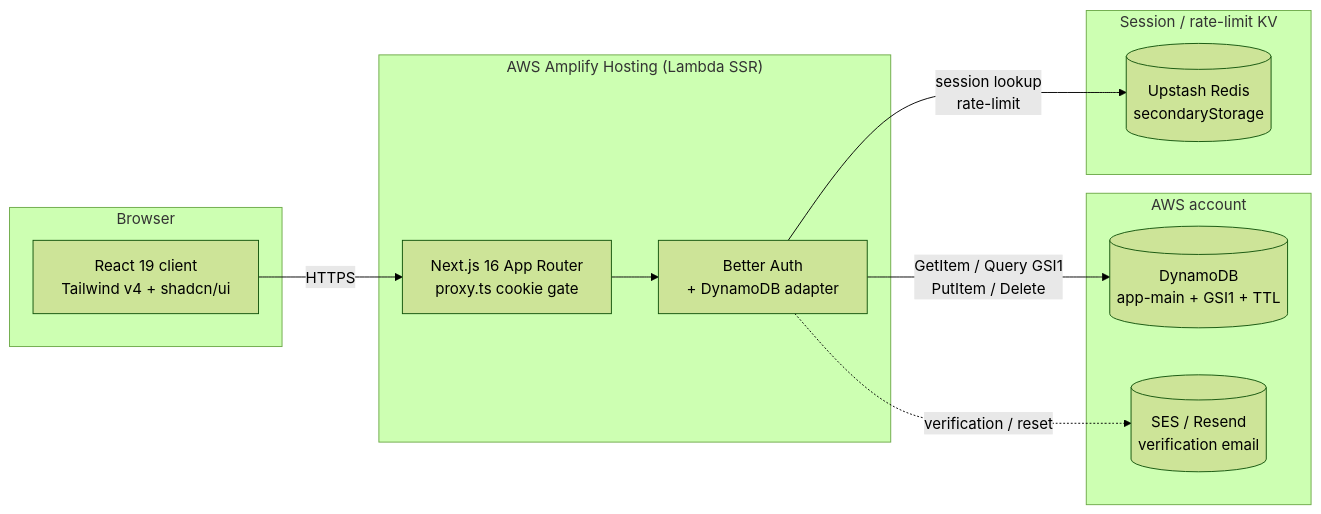
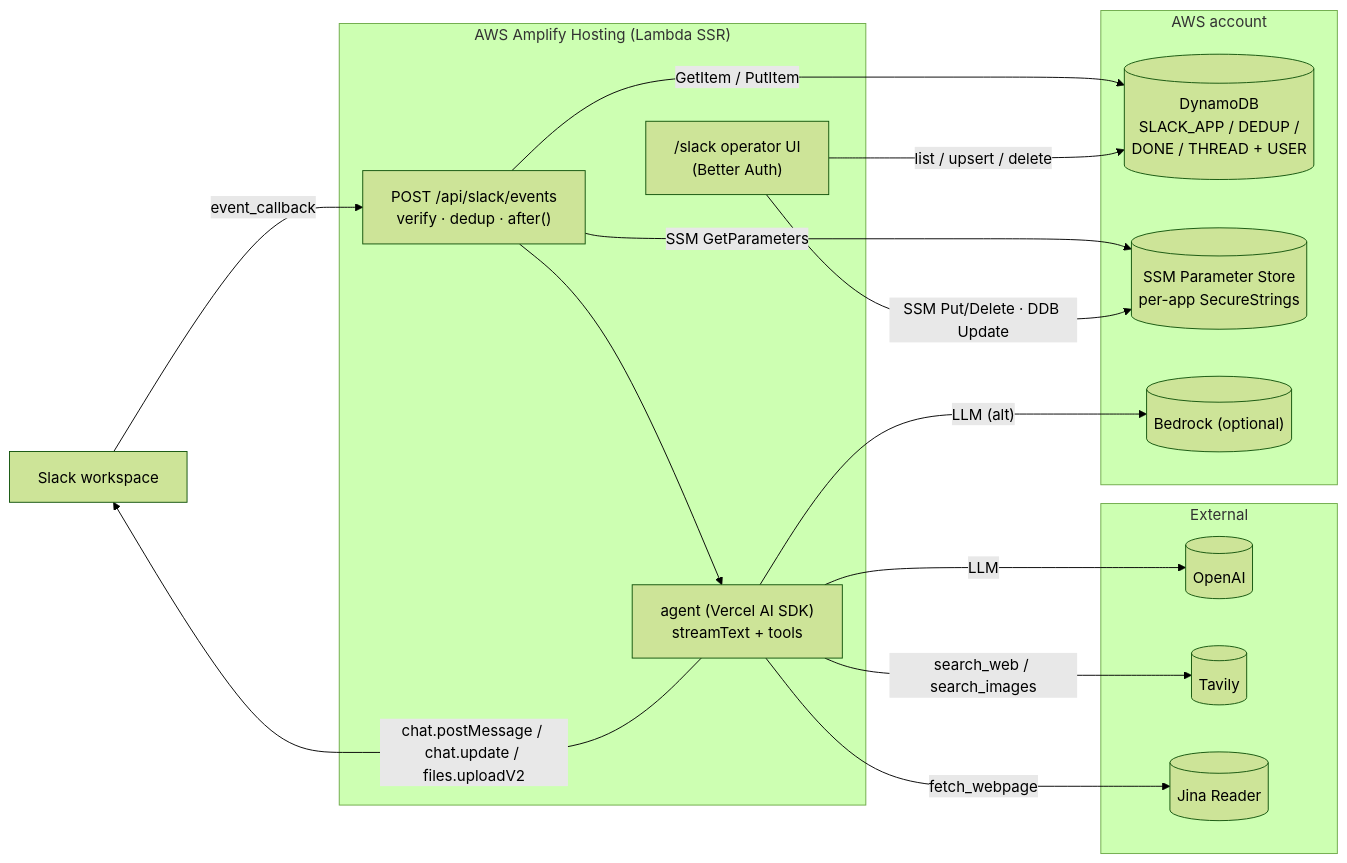
Before and after one commit to nalbam/nalbam-agent: the diagram in README.md, drawn with Mermaid (forest theme). The commit also changed other lines of this file and 19 other files, not shown here.

````diff
--- a/README.md
+++ b/README.md
@@ -7,26 +11,31 @@
 ```mermaid
 flowchart LR
-  subgraph Browser
-    UI["React 19 client<br/>Tailwind v4 + shadcn/ui"]
+  SLACK["Slack workspace"]
+  subgraph Amplify["AWS Amplify Hosting (Lambda SSR)"]
+    ROUTE["POST /api/slack/events<br/>verify · dedup · after()"]
+    AGENT["agent (Vercel AI SDK)<br/>streamText + tools"]
+    UI["/slack operator UI<br/>(Better Auth)"]
+    ROUTE --> AGENT
+  end
+  subgraph AWS["AWS account"]
+    DDB[("DynamoDB<br/>SLACK_APP / DEDUP /<br/>DONE / THREAD + USER")]
+    SSM[("SSM Parameter Store<br/>per-app SecureStrings")]
+    BR[("Bedrock (optional)")]
+  end
+  subgraph EXT["External"]
+    OPENAI[("OpenAI")]
+    TAVILY[("Tavily")]
+    JINA[("Jina Reader")]
   end
 
-  subgraph Amplify["AWS Amplify Hosting (Lambda SSR)"]
-    NEXT["Next.js 16 App Router<br/>proxy.ts cookie gate"]
-    BA["Better Auth<br/>+ DynamoDB adapter"]
-    NEXT --> BA
-  end
-
-  subgraph AWS["AWS account"]
-    DDB[("DynamoDB<br/>app-main + GSI1 + TTL")]
-    SES[(SES / Resend<br/>verification email)]
-  end
-
-  subgraph KV["Session / rate-limit KV"]
-    UPSTASH[("Upstash Redis<br/>secondaryStorage")]
-  end
-
-  UI -- "HTTPS" --> NEXT
-  BA -- "GetItem / Query GSI1<br/>PutItem / Delete" --> DDB
-  BA -- "session lookup<br/>rate-limit" --> UPSTASH
-  BA -. "verification / reset" .-> SES
+  SLACK -- "event_callback" --> ROUTE
+  ROUTE -- "SSM GetParameters" --> SSM
+  ROUTE -- "GetItem / PutItem" --> DDB
+  AGENT -- "chat.postMessage / chat.update / files.uploadV2" --> SLACK
+  AGENT -- "LLM" --> OPENAI
+  AGENT -- "LLM (alt)" --> BR
+  AGENT -- "search_web / search_images" --> TAVILY
+  AGENT -- "fetch_webpage" --> JINA
+  UI -- "SSM Put/Delete · DDB Update" --> SSM
+  UI -- "list / upsert / delete" --> DDB
 ```
````
